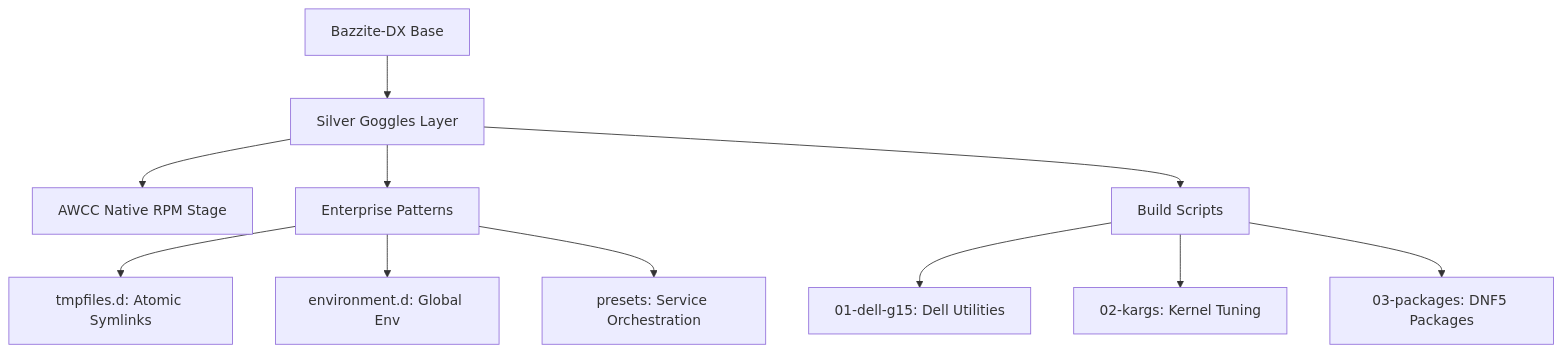
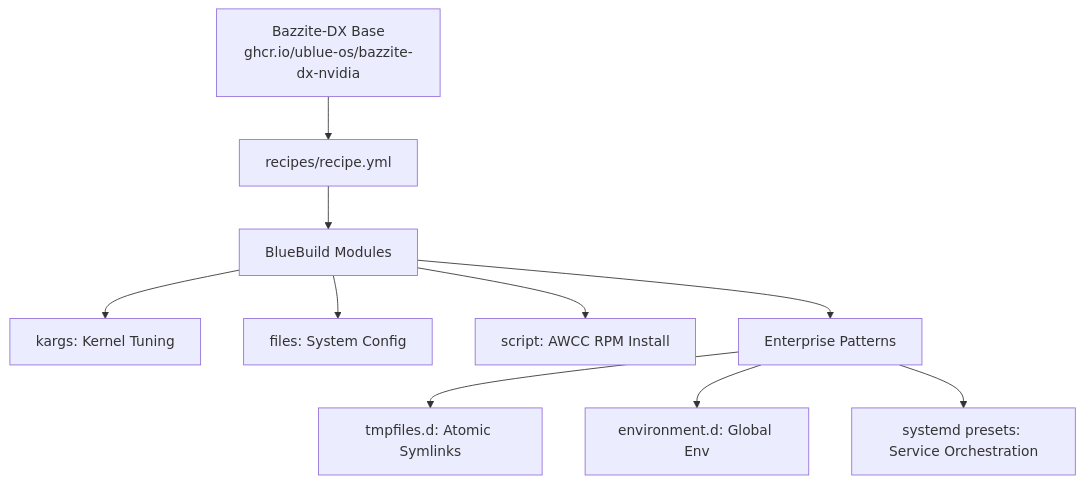
The diagram in README.md (nklowns/bazzite-dx-silver-goggles), drawn with Mermaid before and after one commit. The commit also changed other lines of this file and 2 other files, not shown here.

First line of the commit message:
docs: consolidate documentation to reflect BlueBuild architecture

````diff
--- a/README.md
+++ b/README.md
@@ -23,13 +23,12 @@
 ```mermaid
 graph TD
-    A[Bazzite-DX Base] --> B[Silver Goggles Layer]
-    B --> C[AWCC Native RPM Stage]
-    B --> D[Enterprise Patterns]
+    A[Bazzite-DX Base<br/>ghcr.io/ublue-os/bazzite-dx-nvidia] --> B[recipes/recipe.yml]
+    B --> C[BlueBuild Modules]
+    C --> C1[kargs: Kernel Tuning]
+    C --> C2[files: System Config]
+    C --> C3[script: AWCC RPM Install]
+    C --> D[Enterprise Patterns]
     D --> D1[tmpfiles.d: Atomic Symlinks]
     D --> D2[environment.d: Global Env]
-    D --> D3[presets: Service Orchestration]
-    B --> E[Build Scripts]
-    E --> F[01-dell-g15: Dell Utilities]
-    E --> G[02-kargs: Kernel Tuning]
-    E --> H[03-packages: DNF5 Packages]
+    D --> D3[systemd presets: Service Orchestration]
 ```
````
